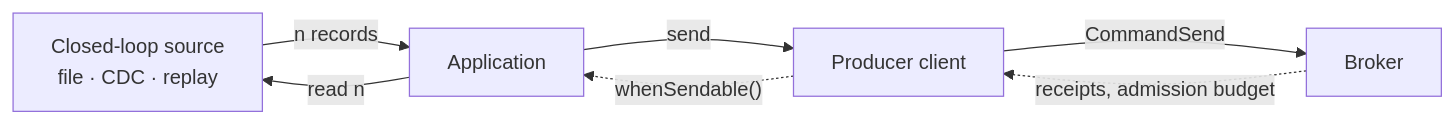
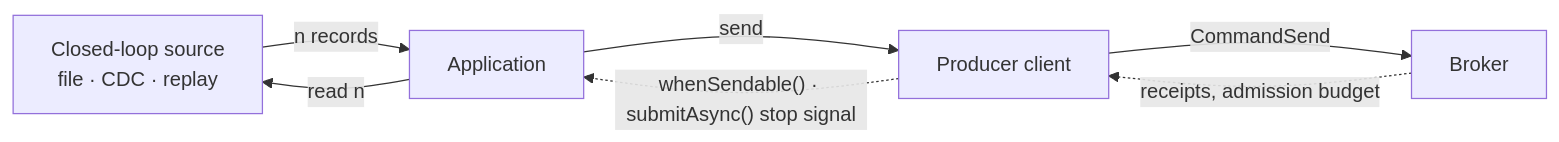
Before and after one commit to lhotari/pulsar: the second of 4 diagrams in pip/pip-495.md, drawn with Mermaid. The commit also changed other lines of this file, not shown here.

````diff
--- a/pip/pip-495.md
+++ b/pip/pip-495.md
@@ -440,14 +440,14 @@
 ```mermaid
 flowchart LR
     Src["Closed-loop source<br/>file · CDC · replay"]
     App["Application"]
     Cli["Producer client"]
     Brk["Broker"]
 
     App -- "read n" --> Src
     Src -- "n records" --> App
     App -- "send" --> Cli
     Cli -- "CommandSend" --> Brk
     Brk -. "receipts, admission budget" .-> Cli
-    Cli -. "whenSendable()" .-> App
+    Cli -. "whenSendable() · submitAsync() stop signal" .-> App
 ```
````
